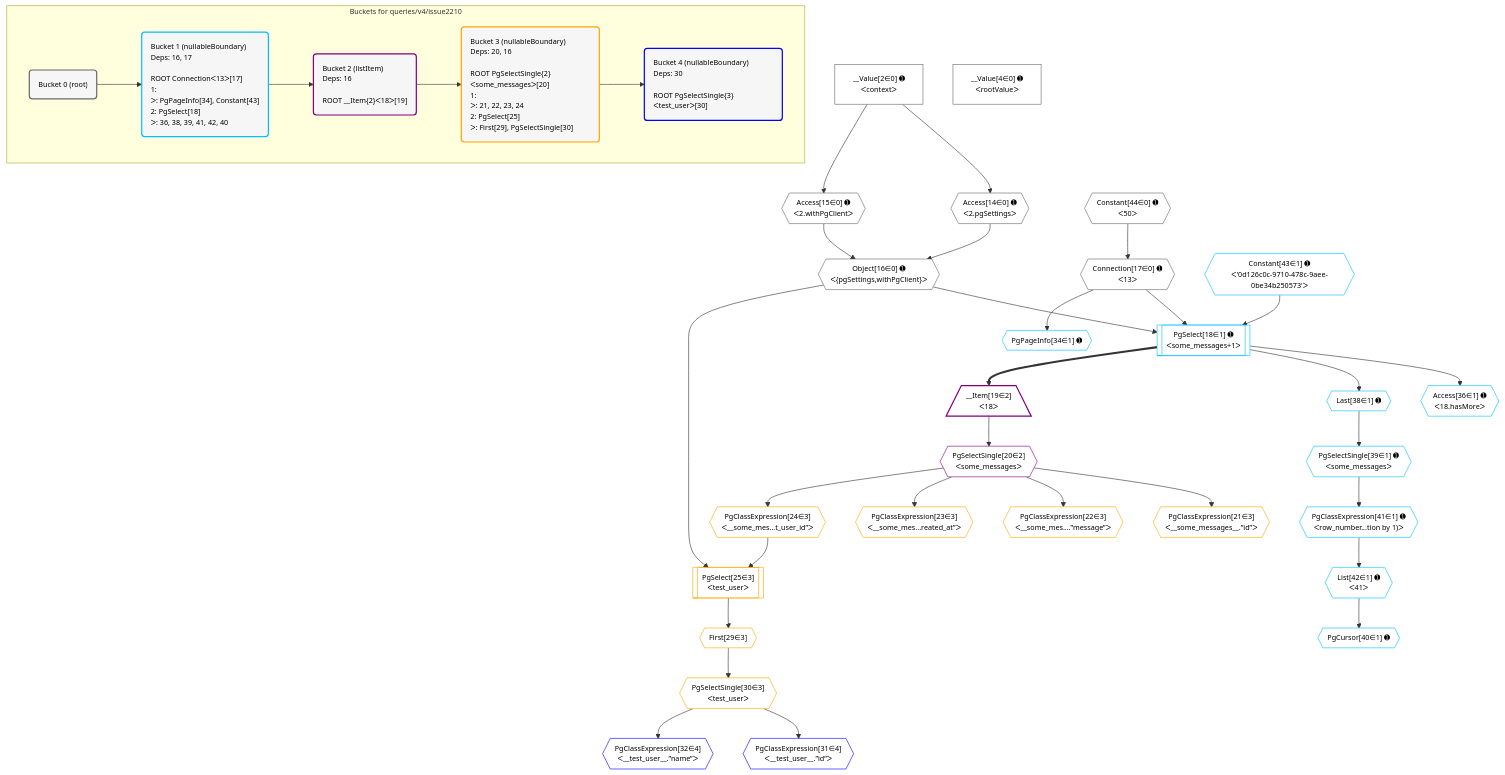
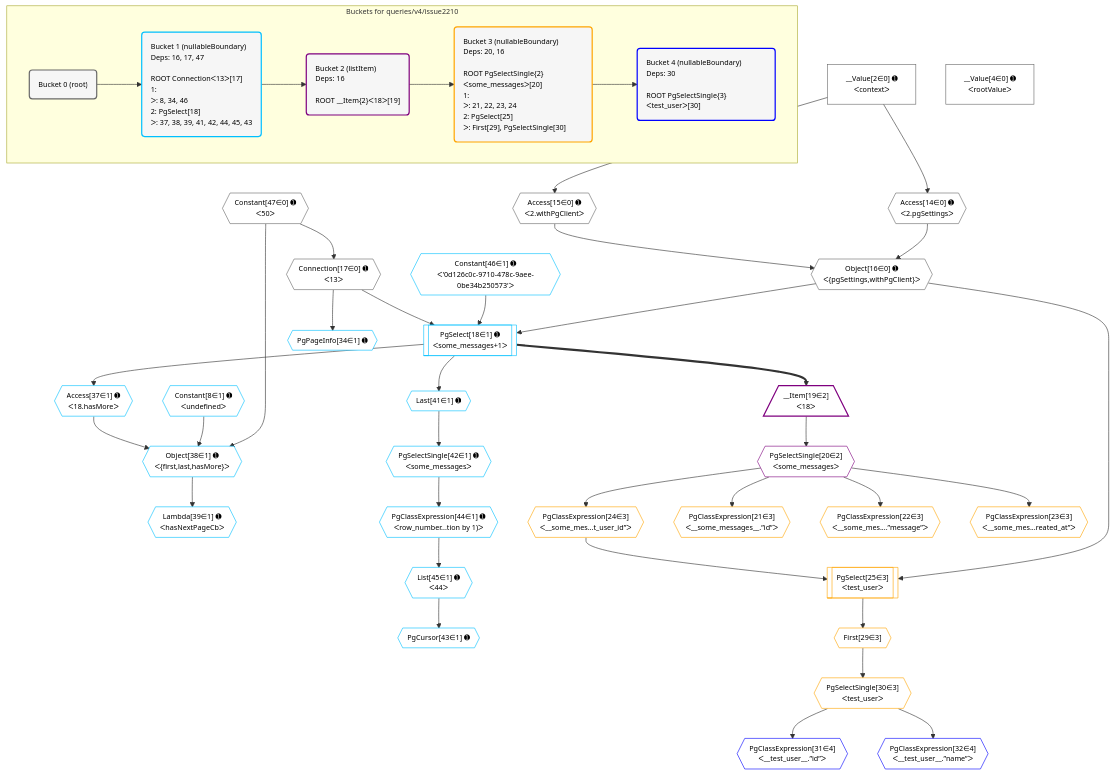
The diagram in postgraphile/postgraphile/__tests__/queries/v4/issue2210.mermaid (graphile/crystal), drawn with Mermaid before and after one commit. The commit also changed 58 other files, not shown here.

```diff
--- a/postgraphile/postgraphile/__tests__/queries/v4/issue2210.mermaid
+++ b/postgraphile/postgraphile/__tests__/queries/v4/issue2210.mermaid
@@ -1,85 +1,90 @@
 %%{init: {'themeVariables': { 'fontSize': '12px'}}}%%
 graph TD
     classDef path fill:#eee,stroke:#000,color:#000
     classDef plan fill:#fff,stroke-width:1px,color:#000
     classDef itemplan fill:#fff,stroke-width:2px,color:#000
     classDef unbatchedplan fill:#dff,stroke-width:1px,color:#000
     classDef sideeffectplan fill:#fcc,stroke-width:2px,color:#000
     classDef bucket fill:#f6f6f6,color:#000,stroke-width:2px,text-align:left
 
 
     %% plan dependencies
     Object16{{"Object[16∈0] ➊<br />ᐸ{pgSettings,withPgClient}ᐳ"}}:::plan
     Access14{{"Access[14∈0] ➊<br />ᐸ2.pgSettingsᐳ"}}:::plan
     Access15{{"Access[15∈0] ➊<br />ᐸ2.withPgClientᐳ"}}:::plan
     Access14 & Access15 --> Object16
     __Value2["__Value[2∈0] ➊<br />ᐸcontextᐳ"]:::plan
     __Value2 --> Access14
     __Value2 --> Access15
     Connection17{{"Connection[17∈0] ➊<br />ᐸ13ᐳ"}}:::plan
-    Constant44{{"Constant[44∈0] ➊<br />ᐸ50ᐳ"}}:::plan
-    Constant44 --> Connection17
+    Constant47{{"Constant[47∈0] ➊<br />ᐸ50ᐳ"}}:::plan
+    Constant47 --> Connection17
     __Value4["__Value[4∈0] ➊<br />ᐸrootValueᐳ"]:::plan
     PgSelect18[["PgSelect[18∈1] ➊<br />ᐸsome_messages+1ᐳ"]]:::plan
-    Constant43{{"Constant[43∈1] ➊<br />ᐸ'0d126c0c-9710-478c-9aee-0be34b250573'ᐳ"}}:::plan
-    Object16 & Constant43 & Connection17 --> PgSelect18
+    Constant46{{"Constant[46∈1] ➊<br />ᐸ'0d126c0c-9710-478c-9aee-0be34b250573'ᐳ"}}:::plan
+    Object16 & Constant46 & Connection17 --> PgSelect18
+    Object38{{"Object[38∈1] ➊<br />ᐸ{first,last,hasMore}ᐳ"}}:::plan
+    Constant8{{"Constant[8∈1] ➊<br />ᐸundefinedᐳ"}}:::plan
+    Access37{{"Access[37∈1] ➊<br />ᐸ18.hasMoreᐳ"}}:::plan
+    Constant47 & Constant8 & Access37 --> Object38
     PgPageInfo34{{"PgPageInfo[34∈1] ➊"}}:::plan
     Connection17 --> PgPageInfo34
-    Access36{{"Access[36∈1] ➊<br />ᐸ18.hasMoreᐳ"}}:::plan
-    PgSelect18 --> Access36
-    Last38{{"Last[38∈1] ➊"}}:::plan
-    PgSelect18 --> Last38
-    PgSelectSingle39{{"PgSelectSingle[39∈1] ➊<br />ᐸsome_messagesᐳ"}}:::plan
-    Last38 --> PgSelectSingle39
-    PgCursor40{{"PgCursor[40∈1] ➊"}}:::plan
-    List42{{"List[42∈1] ➊<br />ᐸ41ᐳ"}}:::plan
-    List42 --> PgCursor40
-    PgClassExpression41{{"PgClassExpression[41∈1] ➊<br />ᐸrow_number...tion by 1)ᐳ"}}:::plan
-    PgSelectSingle39 --> PgClassExpression41
-    PgClassExpression41 --> List42
+    PgSelect18 --> Access37
+    Lambda39{{"Lambda[39∈1] ➊<br />ᐸhasNextPageCbᐳ"}}:::plan
+    Object38 --> Lambda39
+    Last41{{"Last[41∈1] ➊"}}:::plan
+    PgSelect18 --> Last41
+    PgSelectSingle42{{"PgSelectSingle[42∈1] ➊<br />ᐸsome_messagesᐳ"}}:::plan
+    Last41 --> PgSelectSingle42
+    PgCursor43{{"PgCursor[43∈1] ➊"}}:::plan
+    List45{{"List[45∈1] ➊<br />ᐸ44ᐳ"}}:::plan
+    List45 --> PgCursor43
+    PgClassExpression44{{"PgClassExpression[44∈1] ➊<br />ᐸrow_number...tion by 1)ᐳ"}}:::plan
+    PgSelectSingle42 --> PgClassExpression44
+    PgClassExpression44 --> List45
     __Item19[/"__Item[19∈2]<br />ᐸ18ᐳ"\]:::itemplan
     PgSelect18 ==> __Item19
     PgSelectSingle20{{"PgSelectSingle[20∈2]<br />ᐸsome_messagesᐳ"}}:::plan
     __Item19 --> PgSelectSingle20
     PgSelect25[["PgSelect[25∈3]<br />ᐸtest_userᐳ"]]:::plan
     PgClassExpression24{{"PgClassExpression[24∈3]<br />ᐸ__some_mes...t_user_id”ᐳ"}}:::plan
     Object16 & PgClassExpression24 --> PgSelect25
     PgClassExpression21{{"PgClassExpression[21∈3]<br />ᐸ__some_messages__.”id”ᐳ"}}:::plan
     PgSelectSingle20 --> PgClassExpression21
     PgClassExpression22{{"PgClassExpression[22∈3]<br />ᐸ__some_mes....”message”ᐳ"}}:::plan
     PgSelectSingle20 --> PgClassExpression22
     PgClassExpression23{{"PgClassExpression[23∈3]<br />ᐸ__some_mes...reated_at”ᐳ"}}:::plan
     PgSelectSingle20 --> PgClassExpression23
     PgSelectSingle20 --> PgClassExpression24
     First29{{"First[29∈3]"}}:::plan
     PgSelect25 --> First29
     PgSelectSingle30{{"PgSelectSingle[30∈3]<br />ᐸtest_userᐳ"}}:::plan
     First29 --> PgSelectSingle30
     PgClassExpression31{{"PgClassExpression[31∈4]<br />ᐸ__test_user__.”id”ᐳ"}}:::plan
     PgSelectSingle30 --> PgClassExpression31
     PgClassExpression32{{"PgClassExpression[32∈4]<br />ᐸ__test_user__.”name”ᐳ"}}:::plan
     PgSelectSingle30 --> PgClassExpression32
 
     %% define steps
 
     subgraph "Buckets for queries/v4/issue2210"
     Bucket0("Bucket 0 (root)"):::bucket
     classDef bucket0 stroke:#696969
-    class Bucket0,__Value2,__Value4,Access14,Access15,Object16,Connection17,Constant44 bucket0
-    Bucket1("Bucket 1 (nullableBoundary)<br />Deps: 16, 17<br /><br />ROOT Connectionᐸ13ᐳ[17]<br />1: <br />ᐳ: PgPageInfo[34], Constant[43]<br />2: PgSelect[18]<br />ᐳ: 36, 38, 39, 41, 42, 40"):::bucket
+    class Bucket0,__Value2,__Value4,Access14,Access15,Object16,Connection17,Constant47 bucket0
+    Bucket1("Bucket 1 (nullableBoundary)<br />Deps: 16, 17, 47<br /><br />ROOT Connectionᐸ13ᐳ[17]<br />1: <br />ᐳ: 8, 34, 46<br />2: PgSelect[18]<br />ᐳ: 37, 38, 39, 41, 42, 44, 45, 43"):::bucket
     classDef bucket1 stroke:#00bfff
-    class Bucket1,PgSelect18,PgPageInfo34,Access36,Last38,PgSelectSingle39,PgCursor40,PgClassExpression41,List42,Constant43 bucket1
+    class Bucket1,Constant8,PgSelect18,PgPageInfo34,Access37,Object38,Lambda39,Last41,PgSelectSingle42,PgCursor43,PgClassExpression44,List45,Constant46 bucket1
     Bucket2("Bucket 2 (listItem)<br />Deps: 16<br /><br />ROOT __Item{2}ᐸ18ᐳ[19]"):::bucket
     classDef bucket2 stroke:#7f007f
     class Bucket2,__Item19,PgSelectSingle20 bucket2
     Bucket3("Bucket 3 (nullableBoundary)<br />Deps: 20, 16<br /><br />ROOT PgSelectSingle{2}ᐸsome_messagesᐳ[20]<br />1: <br />ᐳ: 21, 22, 23, 24<br />2: PgSelect[25]<br />ᐳ: First[29], PgSelectSingle[30]"):::bucket
     classDef bucket3 stroke:#ffa500
     class Bucket3,PgClassExpression21,PgClassExpression22,PgClassExpression23,PgClassExpression24,PgSelect25,First29,PgSelectSingle30 bucket3
     Bucket4("Bucket 4 (nullableBoundary)<br />Deps: 30<br /><br />ROOT PgSelectSingle{3}ᐸtest_userᐳ[30]"):::bucket
     classDef bucket4 stroke:#0000ff
     class Bucket4,PgClassExpression31,PgClassExpression32 bucket4
     Bucket0 --> Bucket1
     Bucket1 --> Bucket2
     Bucket2 --> Bucket3
     Bucket3 --> Bucket4
     end
```
